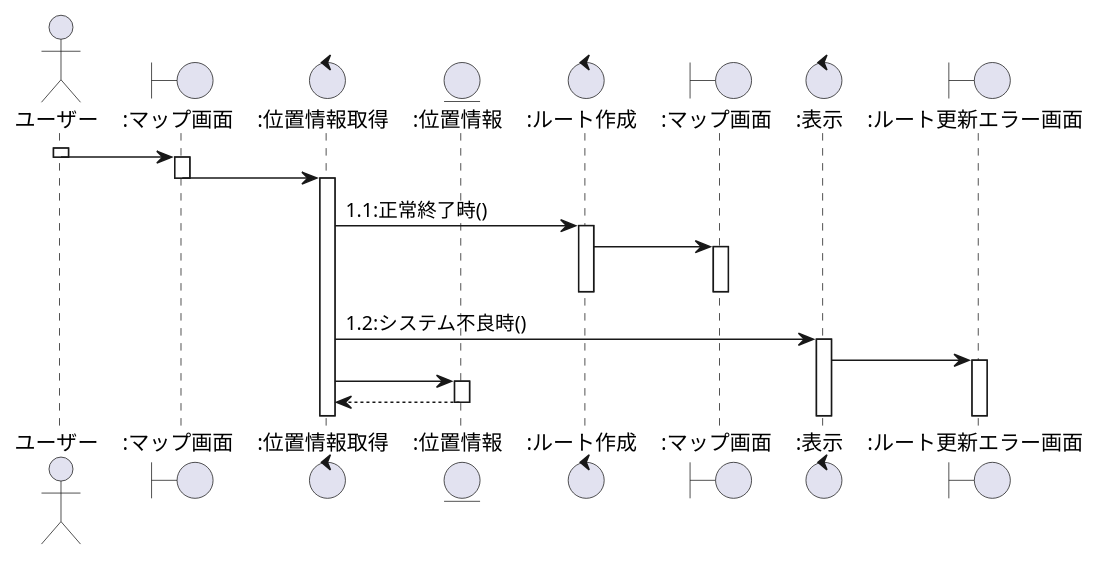
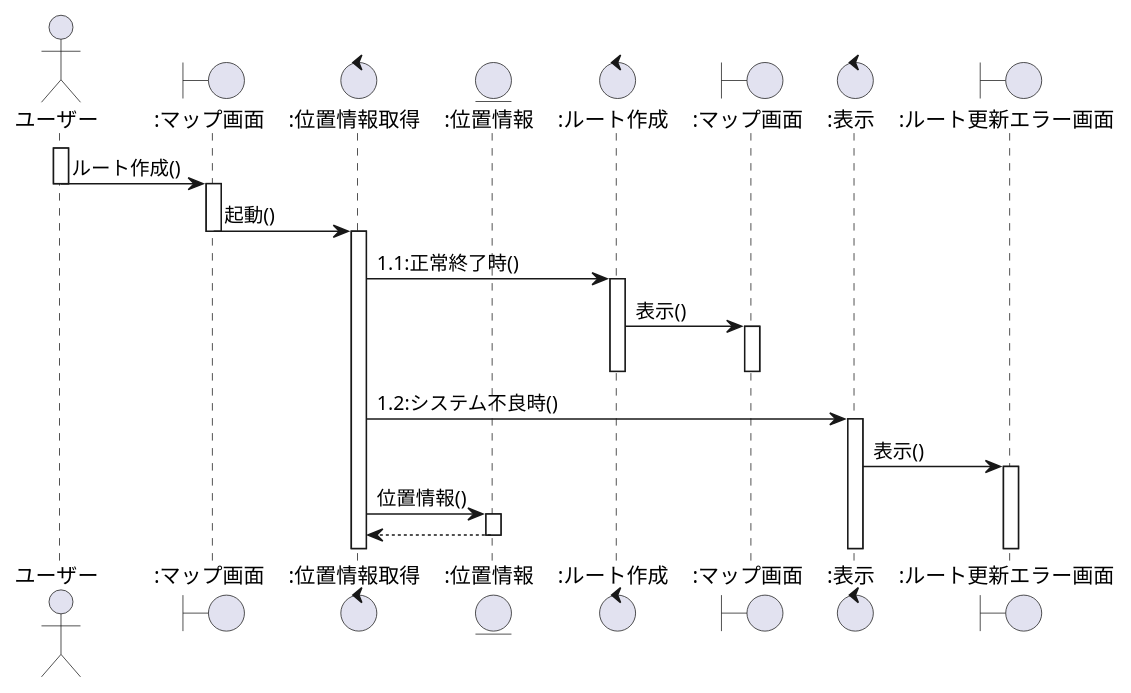
The fifth of 7 diagrams in user2_sequence.plantuml (ksw2270227/GroupF), drawn with PlantUML before and after one commit. The commit also changed other lines of this file and 1 other file, not shown here.

```diff
--- a/user2_sequence.plantuml
+++ b/user2_sequence.plantuml
@@ -142,32 +143,32 @@
 @startuml ルート表示シーケンス図
 actor ユーザー as 0
 boundary ":マップ画面" as a
 control ":位置情報取得" as b
 entity ":位置情報" as c
 control ":ルート作成" as d
 boundary ":マップ画面" as e
 control ":表示" as f
 boundary ":ルート更新エラー画面" as g
 
 activate 0
-    0 -> a
+    0 -> a:ルート作成()
     deactivate 0
     activate a
-    a -> b
+    a -> b:起動()
     deactivate a
     activate b
     b -> d:1.1:正常終了時()
     activate d
-    d -> e
+    d -> e:表示()
     activate e
     deactivate e
     deactivate d
     b -> f:1.2:システム不良時()
     activate f
-    f -> g
+    f -> g:表示()
     activate g
-    b -> c
+    b -> c:位置情報()
     activate c
     c --> b
     deactivate c 
 @enduml
```
